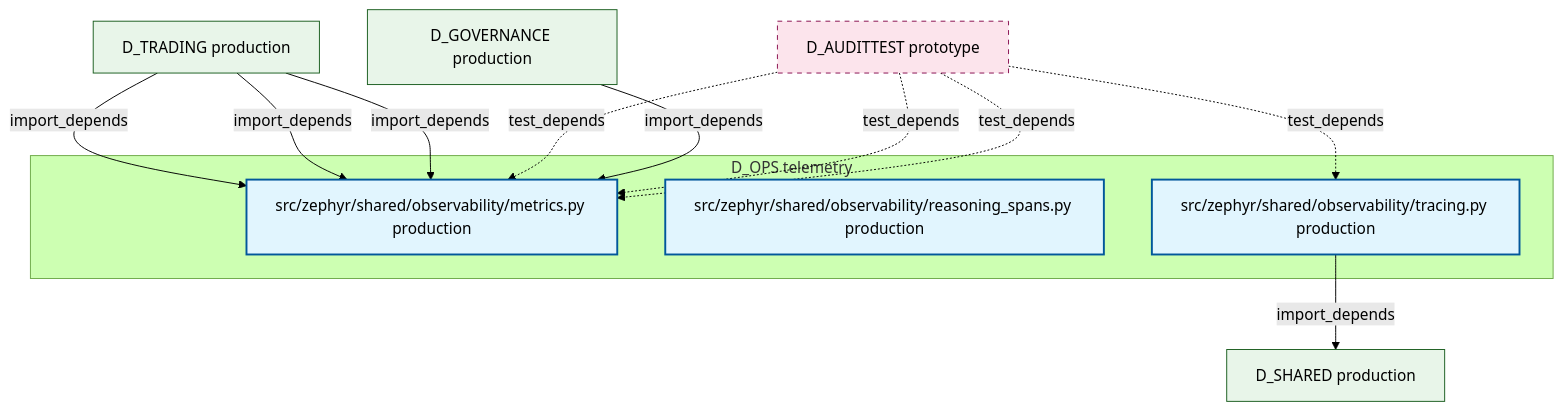
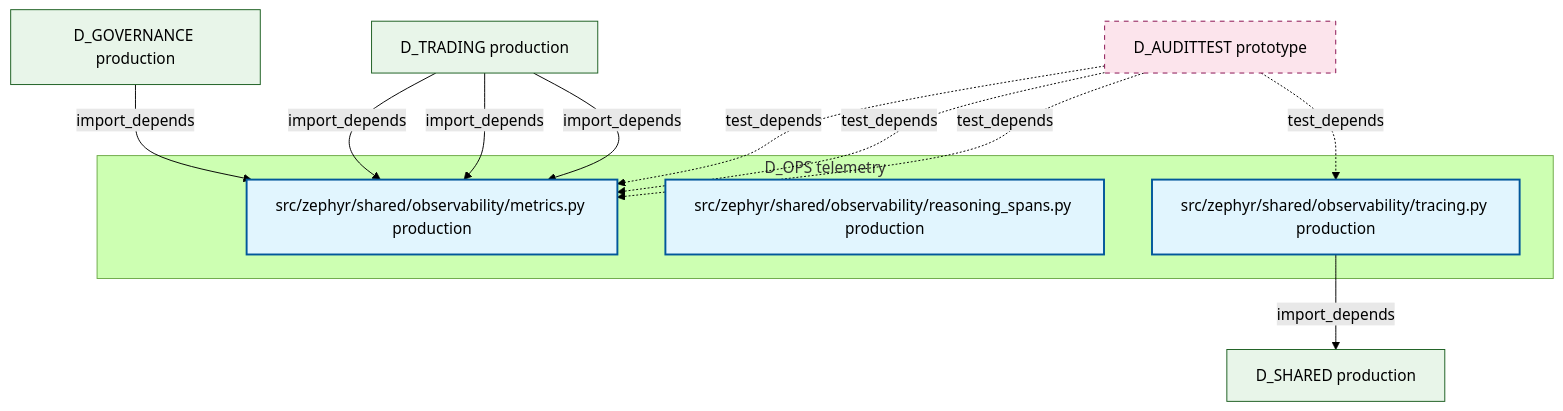
Before and after one commit to xuanFelixVan/ZephyrAlpha: the diagram in docs/02_enterprise_architecture/02_domain_architecture_docs/15_d_ops.md, drawn with Mermaid (forest theme). The commit also changed other lines of this file and 99 other files, not shown here.

````diff
--- a/docs/02_enterprise_architecture/02_domain_architecture_docs/15_d_ops.md
+++ b/docs/02_enterprise_architecture/02_domain_architecture_docs/15_d_ops.md
@@ -47,28 +47,28 @@
 ```mermaid
 graph TD
     subgraph D_OPS["D_OPS telemetry"]
         src_zephyr_shared_observability_metrics_py["src/zephyr/shared/observability/metrics.py production"]
         src_zephyr_shared_observability_reasoning_spans_py["src/zephyr/shared/observability/reasoning_spans.py production"]
         src_zephyr_shared_observability_tracing_py["src/zephyr/shared/observability/tracing.py production"]
     end
     D_SHARED["D_SHARED production"]
     src_zephyr_shared_observability_tracing_py -->|import_depends| D_SHARED
-    D_AUDITTEST["D_AUDITTEST prototype"]
-    D_AUDITTEST -.->|test_depends| src_zephyr_shared_observability_metrics_py
-    D_AUDITTEST -.->|test_depends| src_zephyr_shared_observability_metrics_py
     D_GOVERNANCE["D_GOVERNANCE production"]
     D_GOVERNANCE -->|import_depends| src_zephyr_shared_observability_metrics_py
-    D_AUDITTEST -.->|test_depends| src_zephyr_shared_observability_metrics_py
     D_TRADING["D_TRADING production"]
     D_TRADING -->|import_depends| src_zephyr_shared_observability_metrics_py
     D_TRADING -->|import_depends| src_zephyr_shared_observability_metrics_py
     D_TRADING -->|import_depends| src_zephyr_shared_observability_metrics_py
+    D_AUDITTEST["D_AUDITTEST prototype"]
+    D_AUDITTEST -.->|test_depends| src_zephyr_shared_observability_metrics_py
+    D_AUDITTEST -.->|test_depends| src_zephyr_shared_observability_metrics_py
+    D_AUDITTEST -.->|test_depends| src_zephyr_shared_observability_metrics_py
     D_AUDITTEST -.->|test_depends| src_zephyr_shared_observability_tracing_py
     classDef production fill:#e1f5fe,stroke:#01579b,stroke-width:2px,color:#000
     classDef design fill:#fff3e0,stroke:#e65100,stroke-width:2px,color:#000,stroke-dasharray: 5 5
     classDef external_prod fill:#e8f5e9,stroke:#1b5e20,stroke-width:1px,color:#000
     classDef external_design fill:#fce4ec,stroke:#880e4f,stroke-width:1px,color:#000,stroke-dasharray: 5 5
     class src_zephyr_shared_observability_metrics_py,src_zephyr_shared_observability_reasoning_spans_py,src_zephyr_shared_observability_tracing_py production
     class D_SHARED,D_GOVERNANCE,D_TRADING external_prod
     class D_AUDITTEST external_design
 ```
````
